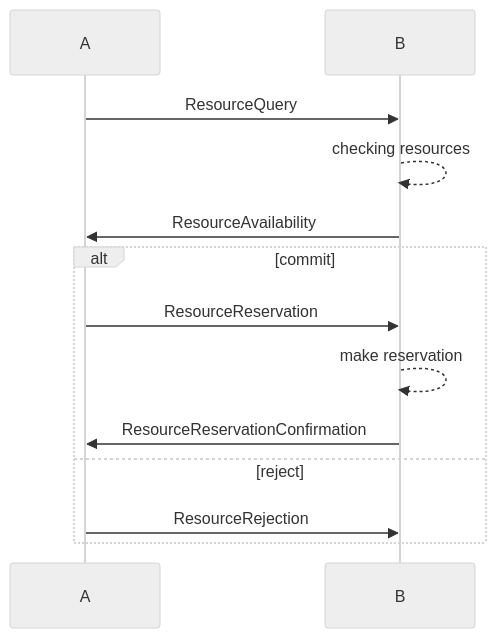
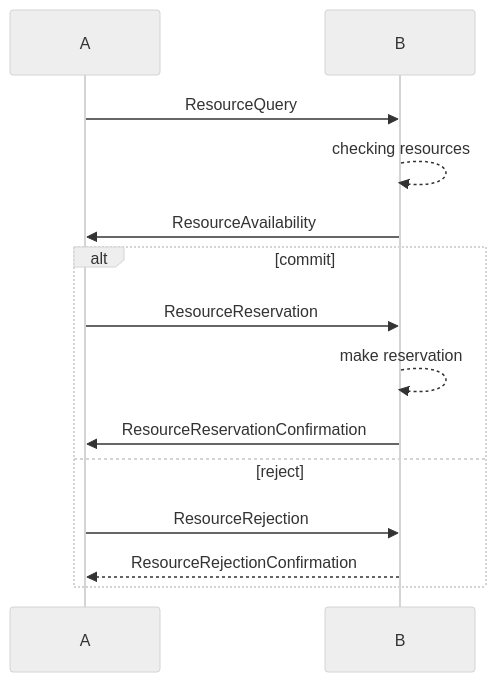
Before and after one commit to fetchai/uAgents: the diagram in python/src/uagents/contrib/dialogues/diagrams.md, drawn with Mermaid (neutral theme). The commit also changed 4 other files, not shown here.

````diff
--- a/python/src/uagents/contrib/dialogues/diagrams.md
+++ b/python/src/uagents/contrib/dialogues/diagrams.md
@@ -1,17 +1,18 @@
 ```mermaid
 sequenceDiagram
 
 participant A
 participant B
 
 A ->> B: ResourceQuery
 B -->> B: checking resources
 B ->> A: ResourceAvailability
 alt commit
     A ->> B: ResourceReservation
     B -->> B: make reservation
     B ->> A: ResourceReservationConfirmation
 else reject
     A ->> B: ResourceRejection
+    B -->> A: ResourceRejectionConfirmation
 end
 ```
````
